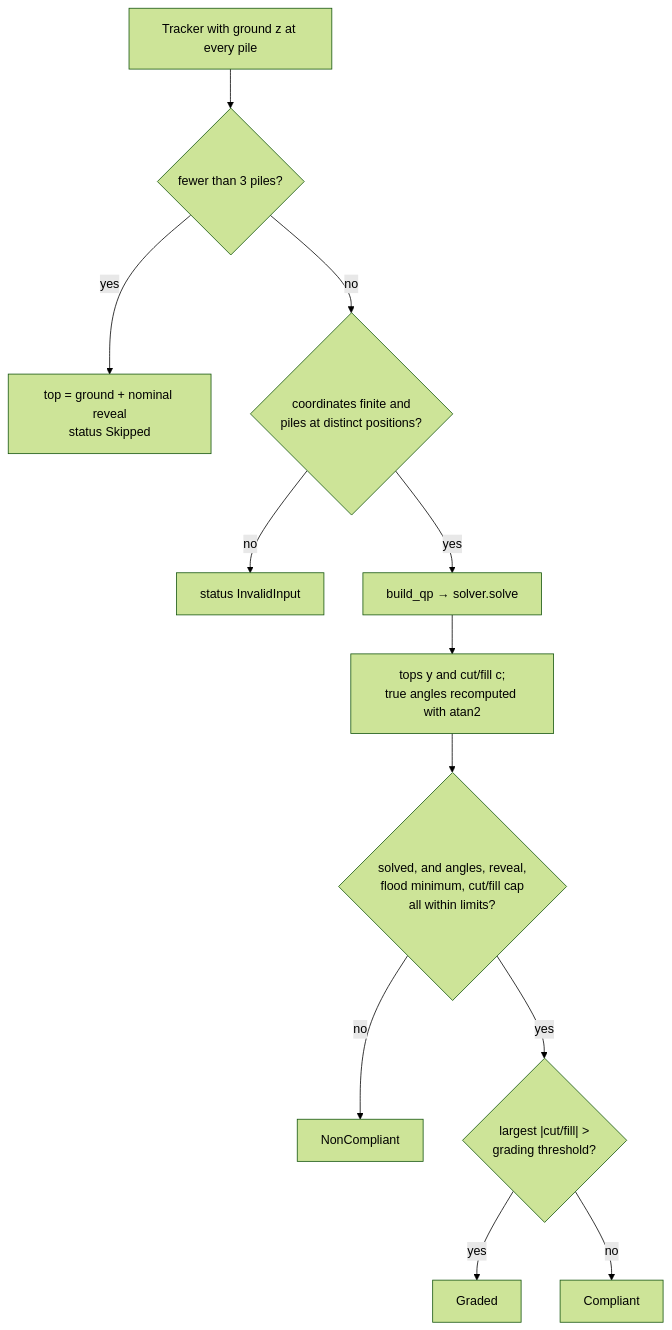
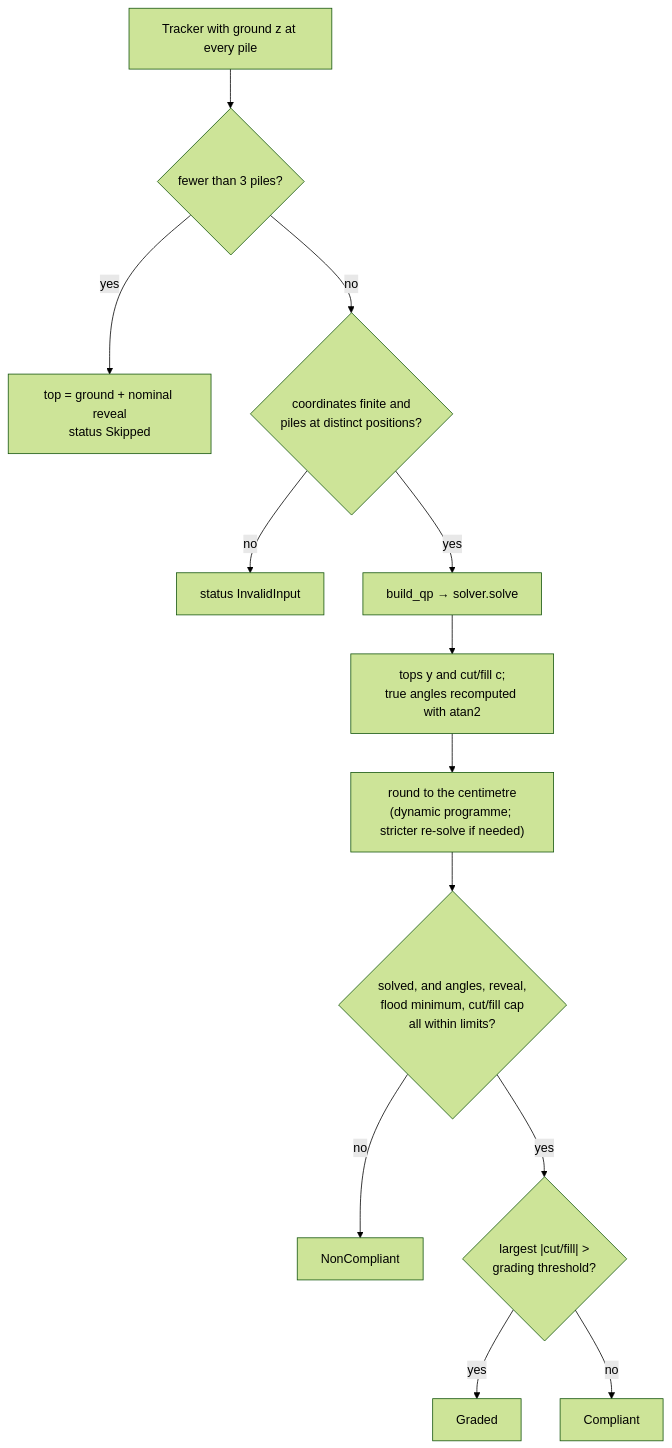
One commit to Charles-BN/tracker-top changed the fifth of 18 diagrams in docs/HOW-THE-CODE-WORKS.md. Above: the diagram before and after it, drawn with Mermaid (forest theme). The commit also changed other lines of this file and 16 other files, not shown here.

````diff
--- a/docs/HOW-THE-CODE-WORKS.md
+++ b/docs/HOW-THE-CODE-WORKS.md
@@ -579,14 +580,15 @@
 ```mermaid
 flowchart TD
   S["Tracker with ground z at every pile"] --> A{"fewer than 3 piles?"}
   A -->|yes| P1["top = ground + nominal reveal<br/>status Skipped"]
   A -->|no| B{"coordinates finite and<br/>piles at distinct positions?"}
   B -->|no| P2["status InvalidInput"]
   B -->|yes| C["build_qp → solver.solve"]
   C --> D["tops y and cut/fill c;<br/>true angles recomputed with atan2"]
-  D --> E{"solved, and angles, reveal,<br/>flood minimum, cut/fill cap<br/>all within limits?"}
+  D --> R["round to the centimetre<br/>(dynamic programme; stricter re-solve if needed)"]
+  R --> E{"solved, and angles, reveal,<br/>flood minimum, cut/fill cap<br/>all within limits?"}
   E -->|no| N["NonCompliant"]
   E -->|yes| F{"largest |cut/fill| ><br/>grading threshold?"}
   F -->|yes| G["Graded"]
   F -->|no| K["Compliant"]
 ```
````
